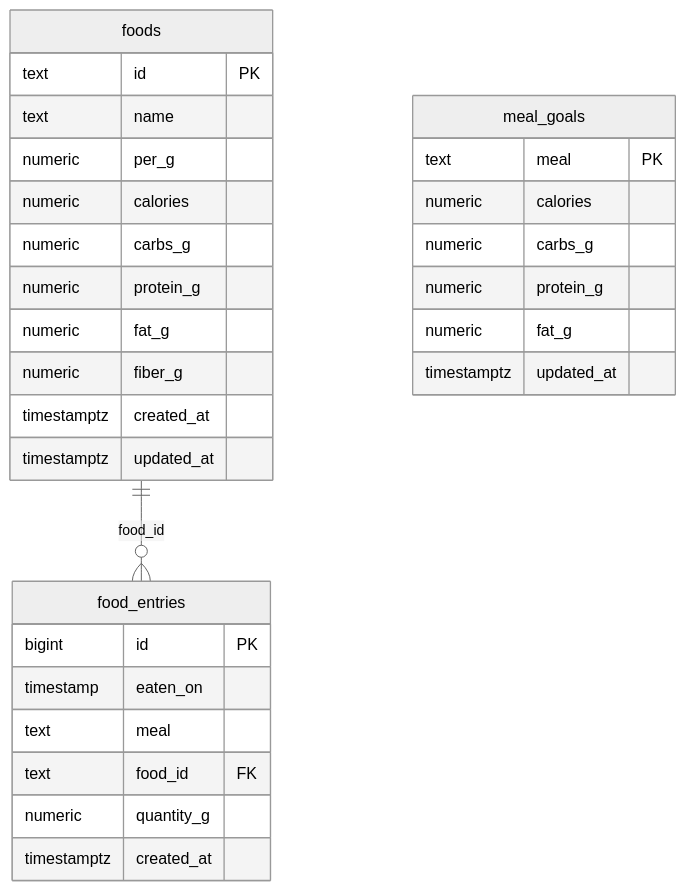
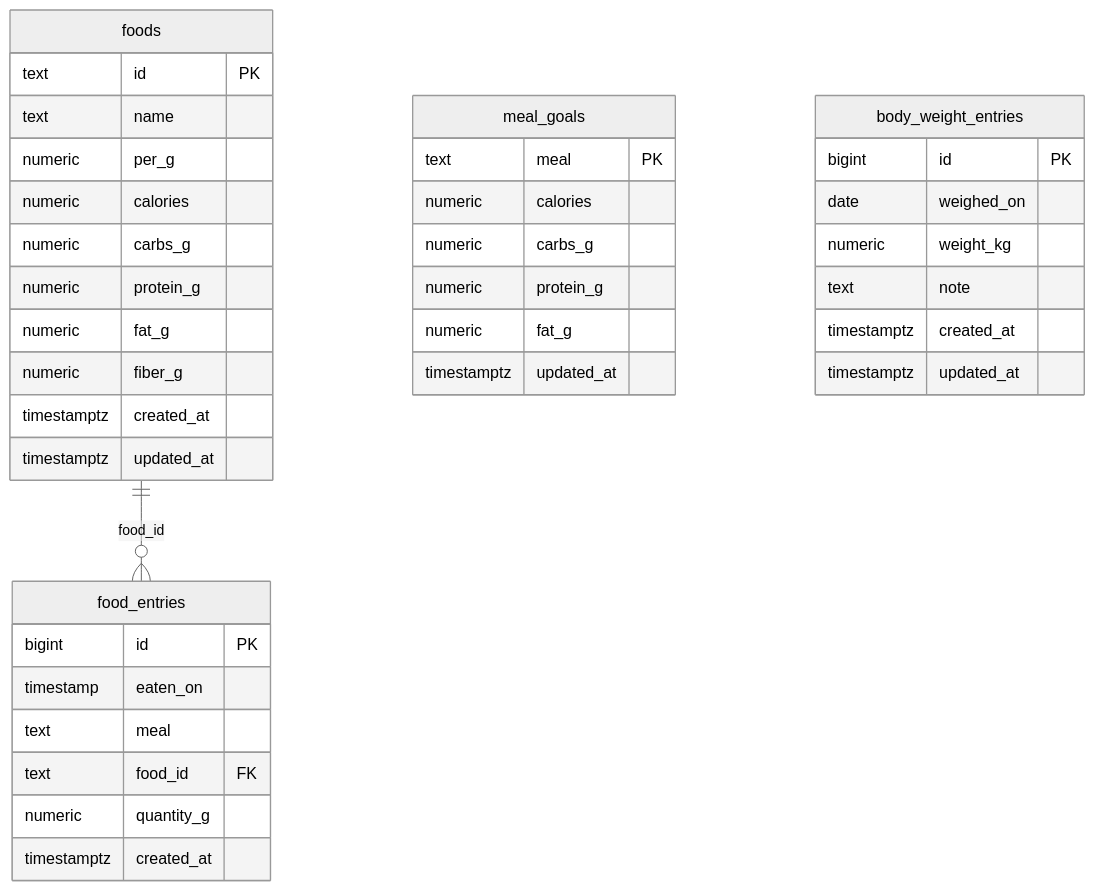
One commit to ocabra/calcunt changed the diagram in calcunt-database-schema.md. Above: the diagram before and after it, drawn with Mermaid (neutral theme). The commit also changed other lines of this file and 7 other files, not shown here.

````diff
--- a/calcunt-database-schema.md
+++ b/calcunt-database-schema.md
@@ -9,32 +9,40 @@
 ```mermaid
 erDiagram
     foods ||--o{ food_entries : "food_id"
     foods {
         text id PK
         text name
         numeric per_g
         numeric calories
         numeric carbs_g
         numeric protein_g
         numeric fat_g
         numeric fiber_g
         timestamptz created_at
         timestamptz updated_at
     }
     food_entries {
         bigint id PK
         timestamp eaten_on
         text meal
         text food_id FK
         numeric quantity_g
         timestamptz created_at
     }
     meal_goals {
         text meal PK
         numeric calories
         numeric carbs_g
         numeric protein_g
         numeric fat_g
         timestamptz updated_at
     }
+    body_weight_entries {
+        bigint id PK
+        date weighed_on
+        numeric weight_kg
+        text note
+        timestamptz created_at
+        timestamptz updated_at
+    }
 ```
````
